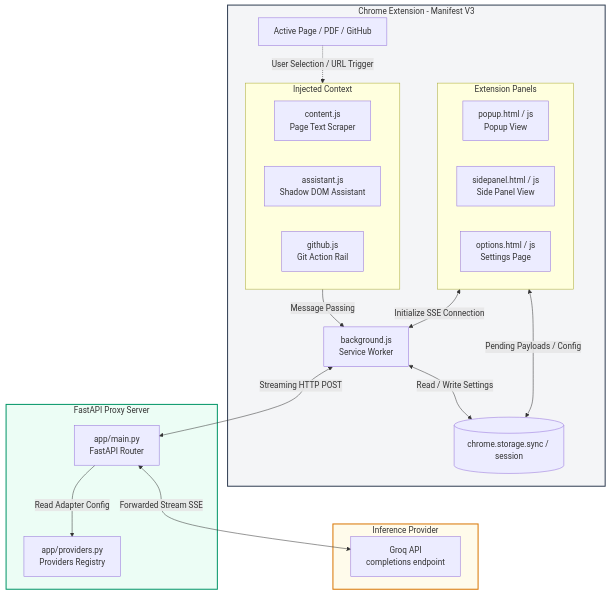
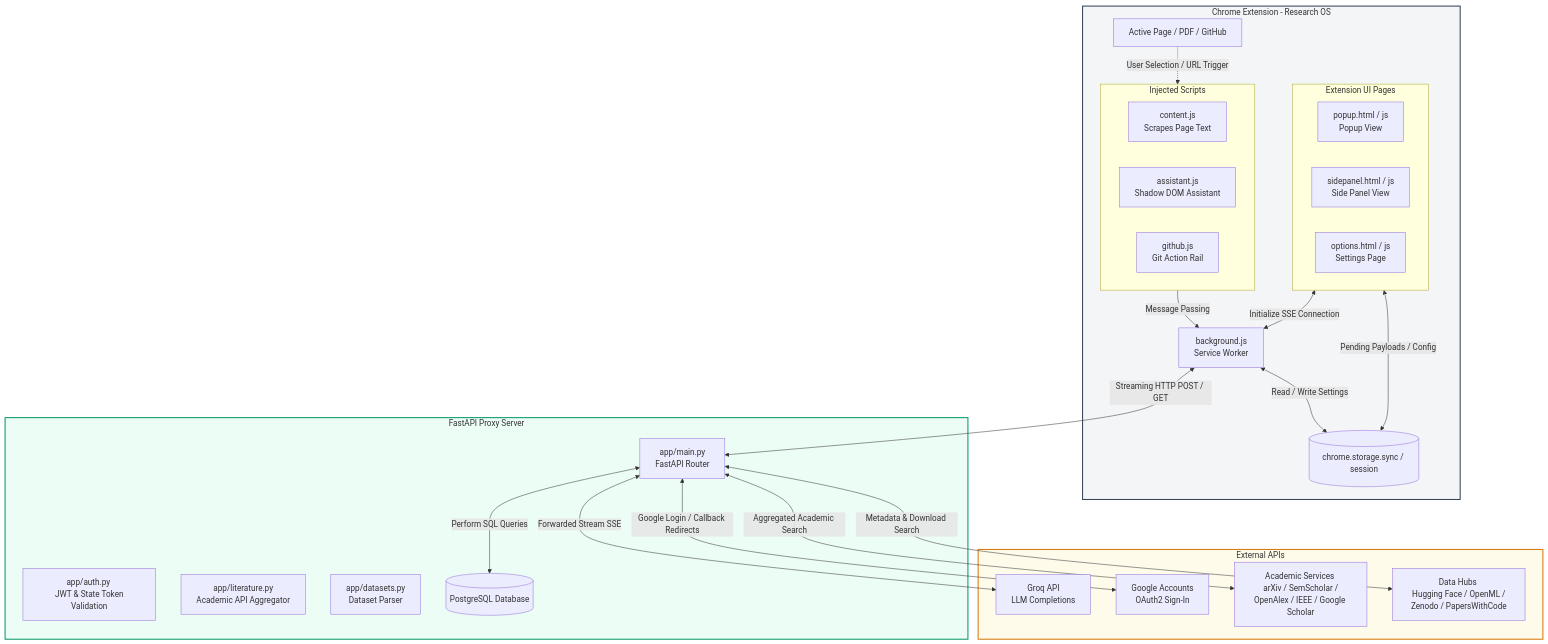
Before and after one commit to FahimHossen55/chat_with_this_page-: the diagram in README.md, drawn with Mermaid. The commit also changed other lines of this file, not shown here.

Commit message:
read me update

````diff
--- a/README.md
+++ b/README.md
@@ -95,50 +113,59 @@
 ```mermaid
 flowchart TD
-    subgraph Client [Chrome Extension - Manifest V3]
+    subgraph Client [Chrome Extension - Research OS]
         ActiveTab[Active Page / PDF / GitHub]
         
-        subgraph Scripts [Injected Context]
-            ContentScript[content.js <br/> Page Text Scraper]
+        subgraph Scripts [Injected Scripts]
+            ContentScript[content.js <br/> Scrapes Page Text]
             AssistantScript[assistant.js <br/> Shadow DOM Assistant]
             GithubScript[github.js <br/> Git Action Rail]
         end
         
-        subgraph UI [Extension Panels]
+        subgraph UI [Extension UI Pages]
             Popup[popup.html / js <br/> Popup View]
             SidePanel[sidepanel.html / js <br/> Side Panel View]
             Options[options.html / js <br/> Settings Page]
         end
         
         BackgroundWorker[background.js <br/> Service Worker]
         Storage[(chrome.storage.sync / session)]
     end
 
     subgraph Backend [FastAPI Proxy Server]
         FastAPIMain[app/main.py <br/> FastAPI Router]
-        Providers[app/providers.py <br/> Providers Registry]
+        Auth[app/auth.py <br/> JWT & State Token Validation]
+        Literature[app/literature.py <br/> Academic API Aggregator]
+        Datasets[app/datasets.py <br/> Dataset Parser]
+        DB_Model[(PostgreSQL Database)]
     end
 
-    subgraph LLM [Inference Provider]
-        Groq[Groq API <br/> completions endpoint]
+    subgraph External [External APIs]
+        Groq[Groq API <br/> LLM Completions]
+        GoogleOAuth[Google Accounts <br/> OAuth2 Sign-In]
+        AcadAPIs[Academic Services <br/> arXiv / SemScholar / OpenAlex / IEEE / Google Scholar]
+        DataAPIs[Data Hubs <br/> Hugging Face / OpenML / Zenodo / PapersWithCode]
     end
 
     %% Client Inner Flows
     ActiveTab -.->|User Selection / URL Trigger| Scripts
     Scripts -->|Message Passing| BackgroundWorker
     UI <-->|Pending Payloads / Config| Storage
     BackgroundWorker <-->|Read / Write Settings| Storage
     UI <-->|Initialize SSE Connection| BackgroundWorker
 
     %% Network Flow
-    BackgroundWorker <-->|Streaming HTTP POST| FastAPIMain
-    FastAPIMain -->|Read Adapter Config| Providers
+    BackgroundWorker <-->|Streaming HTTP POST / GET| FastAPIMain
     FastAPIMain <-->|Forwarded Stream SSE| Groq
-    
+    FastAPIMain <-->|Google Login / Callback Redirects| GoogleOAuth
+    FastAPIMain <-->|Perform SQL Queries| DB_Model
+    FastAPIMain <-->|Aggregated Academic Search| AcadAPIs
+    FastAPIMain <-->|Metadata & Download Search| DataAPIs
+
     %% Styles
     classDef clientStyle fill:#f4f5f7,stroke:#334155,stroke-width:2px;
     classDef backendStyle fill:#ecfdf5,stroke:#059669,stroke-width:2px;
-    classDef providerStyle fill:#fffbeb,stroke:#d97706,stroke-width:2px;
+    classDef externalStyle fill:#fffbeb,stroke:#d97706,stroke-width:2px;
     class Client clientStyle;
     class Backend backendStyle;
-    class LLM providerStyle;
+    class External externalStyle;
 ```
````
